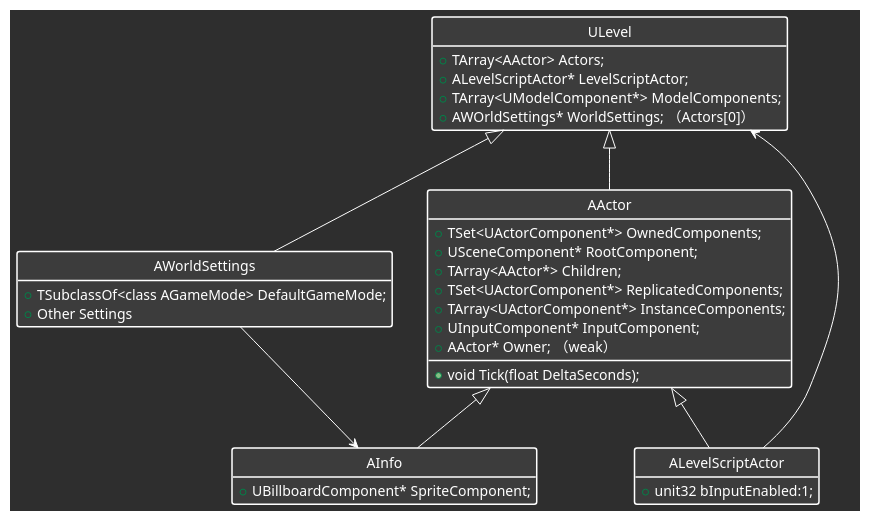
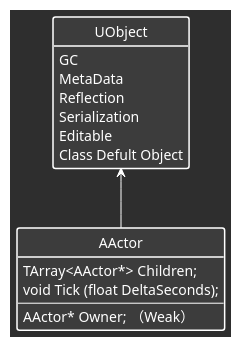
The diagram in temp.puml (Volleier/Obsidian-Vault), drawn with PlantUML before and after one commit. The commit also changed 7 other files, not shown here.

```diff
--- a/temp.puml
+++ b/temp.puml
@@ -1,49 +1,33 @@
 @startuml DiagramName
 skinparam backgroundColor #2E2E2E
 skinparam class {
     BackgroundColor #3C3C3C
     ArrowColor White
     BorderColor White
     FontColor White
     AttributeFontColor White
     StereotypeFontColor White
     BorderThickness 1.5
 }
 hide circle
 hide empty members
 hide empty methods
 
-class ULevel {
-    +TArray<AActor> Actors;
-    +ALevelScriptActor* LevelScriptActor;
-    +TArray<UModelComponent*> ModelComponents;
-    +AWOrldSettings* WorldSettings; （Actors[0]）
+class UObject {
+    GC
+    MetaData
+    Reflection
+    Serialization
+    Editable  
+    Class Defult Object
 }
 
-class AActor extends ULevel {
-    +TSet<UActorComponent*> OwnedComponents;
-    +USceneComponent* RootComponent;
-    +void Tick(float DeltaSeconds);
-    +TArray<AActor*> Children;
-    +TSet<UActorComponent*> ReplicatedComponents;
-    +TArray<UActorComponent*> InstanceComponents;
-    +UInputComponent* InputComponent;
-    +AActor* Owner; （weak）
-}
-class AInfo extends AActor {
-    +UBillboardComponent* SpriteComponent;
+class AActor {
+    TArray<AActor*> Children;
+    void Tick (float DeltaSeconds);
+    --
+    AActor* Owner; （Weak）
 }
 
-class ALevelScriptActor extends AActor {
-    +unit32 bInputEnabled:1;
-} 
-
-class AWorldSettings extends ULevel {
-    +TSubclassOf<class AGameMode> DefaultGameMode;
-    +Other Settings
-}
-
-
-AWorldSettings --> AInfo
-ALevelScriptActor --> ULevel
+UObject <-- AActor
 @enduml
```
